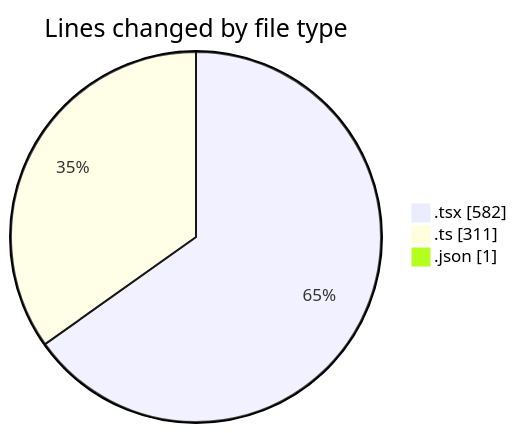
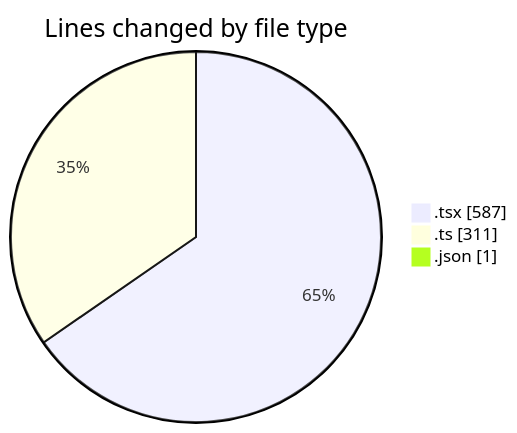
One commit to julien-gomy/code-tracking changed the first of 2 diagrams in 2025-10-08/eventscop-frontend-guide__workspace_/README.md. Above: the diagram before and after it, drawn with Mermaid. The commit also changed other lines of this file and 1 other file, not shown here.

````diff
--- a/2025-10-08/eventscop-frontend-guide__workspace_/README.md
+++ b/2025-10-08/eventscop-frontend-guide__workspace_/README.md
@@ -26,7 +26,7 @@
 ```mermaid
 pie showData
 title Lines changed by file type
-".tsx" : 582
+".tsx" : 587
 ".ts" : 311
 ".json" : 1
 ```
````
